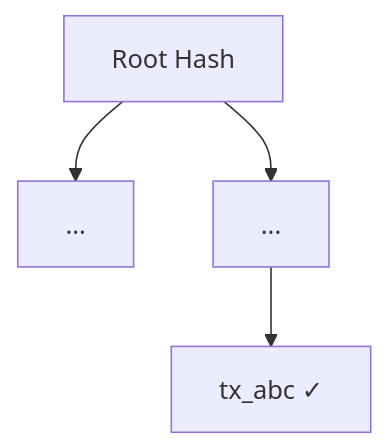
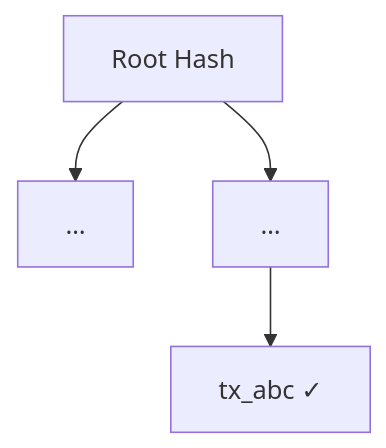
Before and after one commit to kwvg/dash: the second of 3 diagrams in src/ffi/grovedb/contrib/guide/07-proofs.md, drawn with Mermaid. The commit also changed other lines of this file and 15 other files, not shown here.

````diff
--- a/src/ffi/grovedb/contrib/guide/07-proofs.md
+++ b/src/ffi/grovedb/contrib/guide/07-proofs.md
@@ -159,6 +159,6 @@
 ```mermaid
 graph TD
-  BR["Root Hash"] --> BH1["..."]
-  BR --> BH2["..."]
+  BR["Root Hash"] --> BH1["…"]
+  BR --> BH2["…"]
   BH2 --> BTX["tx_abc ✓"]
 ```
````
